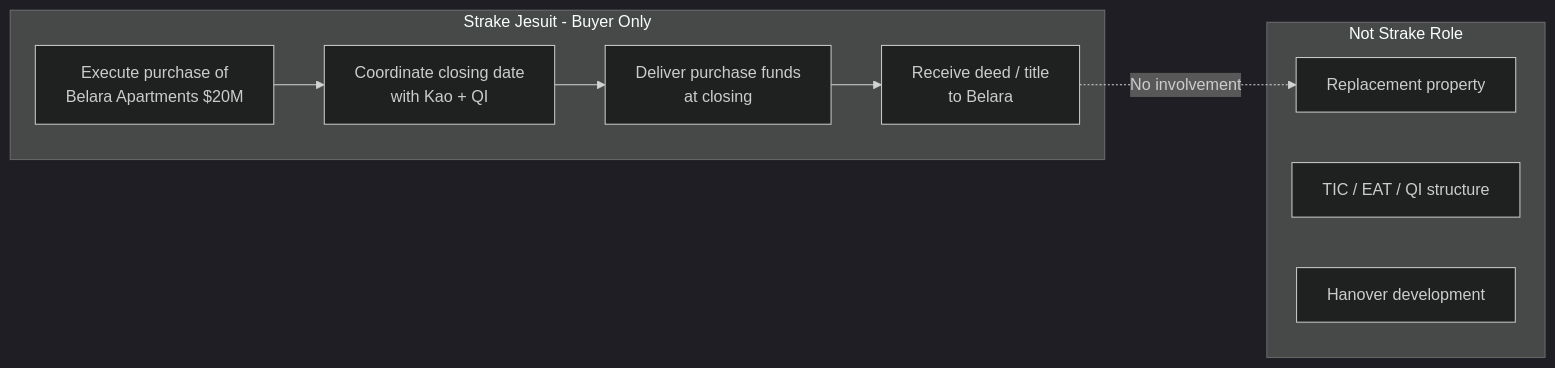
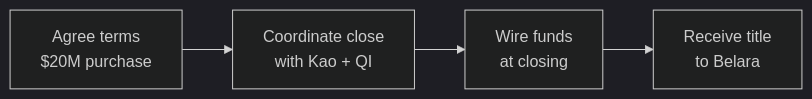
The third of 5 diagrams in North_Forsyth_1031_Diagrams.md (EthanCow/North-Forsyth-1031-Diagrams), drawn with Mermaid (dark theme) before and after one commit. The commit also changed other lines of this file and 1 other file, not shown here.

First line of the commit message:
Add sticky party tabs and fix diagram styling.

````diff
--- a/North_Forsyth_1031_Diagrams.md
+++ b/North_Forsyth_1031_Diagrams.md
@@ -124,18 +87,8 @@
 ```mermaid
 flowchart LR
-    subgraph strake [Strake Jesuit - Buyer Only]
-        S1["Execute purchase of\nBelara Apartments $20M"]
-        S2["Coordinate closing date\nwith Kao + QI"]
-        S3["Deliver purchase funds\nat closing"]
-        S4["Receive deed / title\nto Belara"]
-        S1 --> S2 --> S3 --> S4
-    end
-
-    subgraph notInvolved [Not Strake Role]
-        N1["Replacement property"]
-        N2["TIC / EAT / QI structure"]
-        N3["Hanover development"]
-    end
-
-    S4 -.->|"No involvement"| N1
+    S1["Agree terms\n$20M purchase"]
+    S2["Coordinate close\nwith Kao + QI"]
+    S3["Wire funds\nat closing"]
+    S4["Receive title\nto Belara"]
+    S1 --> S2 --> S3 --> S4
 ```
````
